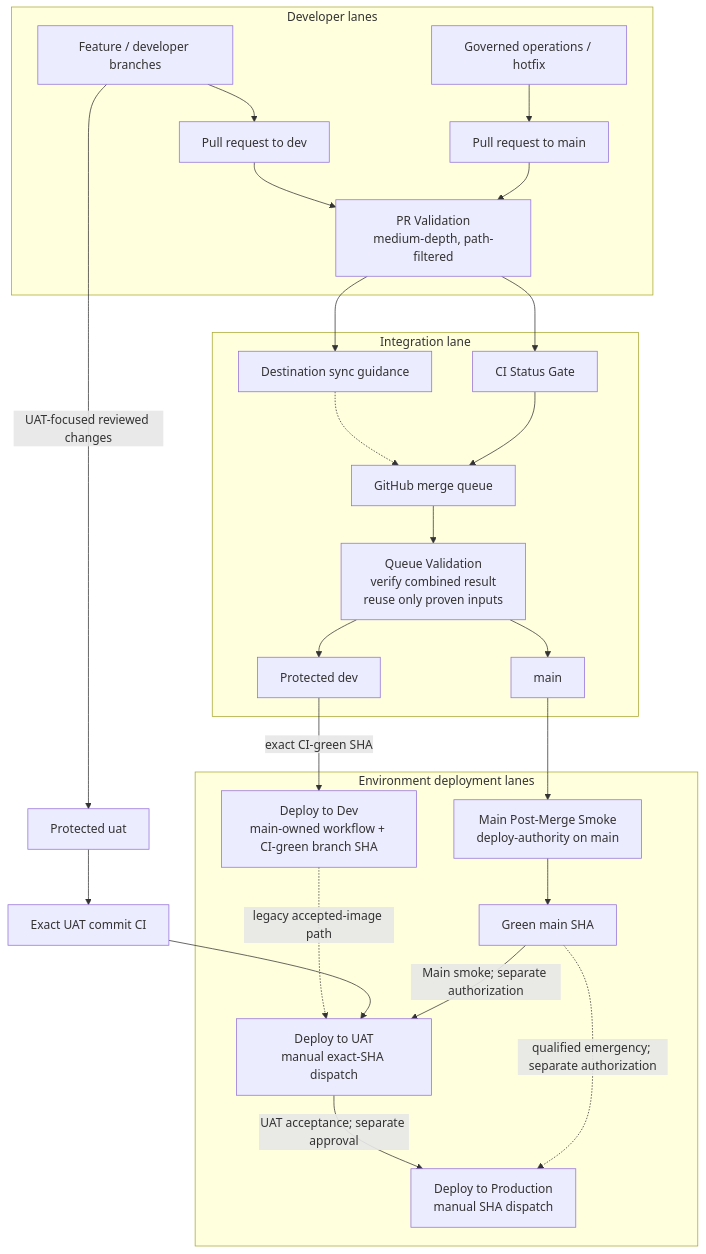
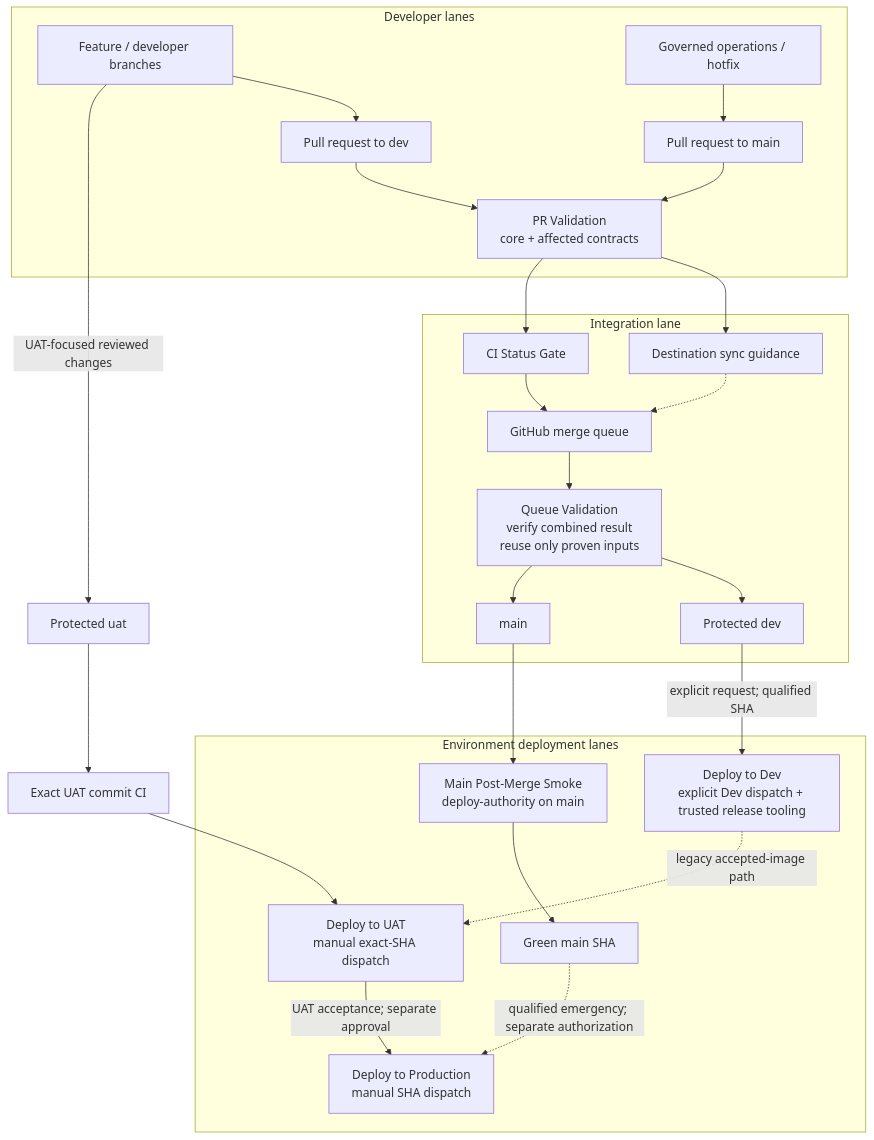
The diagram in docs/reference/operations/ci.md (hushh-labs/hushh-research), drawn with Mermaid before and after one commit. The commit also changed other lines of this file and 4 other files, not shown here.

````diff
--- a/docs/reference/operations/ci.md
+++ b/docs/reference/operations/ci.md
@@ -13,43 +13,42 @@
 ```mermaid
 flowchart TB
   subgraph dev["Developer lanes"]
     feat["Feature / developer branches"]
     ops["Governed operations / hotfix"]
     prdev["Pull request to dev"]
     prmain["Pull request to main"]
-    prci["PR Validation<br/>medium-depth, path-filtered"]
+    prci["PR Validation<br/>core + affected contracts"]
   end
 
   subgraph integration["Integration lane"]
     freshness["Destination sync guidance"]
     status["CI Status Gate"]
     queueci["Queue Validation<br/>verify combined result<br/>reuse only proven inputs"]
     queue["GitHub merge queue"]
     devbranch["Protected dev"]
     main["main"]
   end
 
   subgraph release["Environment deployment lanes"]
-    devdeploy["Deploy to Dev<br/>main-owned workflow + CI-green branch SHA"]
+    devdeploy["Deploy to Dev<br/>explicit Dev dispatch + trusted release tooling"]
     green["Green main SHA"]
     smoke["Main Post-Merge Smoke<br/>deploy-authority on main"]
     uat["Deploy to UAT<br/>manual exact-SHA dispatch"]
     prod["Deploy to Production<br/>manual SHA dispatch"]
   end
 
   feat --> prdev --> prci
   ops --> prmain --> prci
   prci --> freshness
   prci --> status
   freshness -.-> queue
   status --> queue
   queue --> queueci
-  queueci --> devbranch -->|"exact CI-green SHA"| devdeploy
+  queueci --> devbranch -->|"explicit request; qualified SHA"| devdeploy
   queueci --> main --> smoke --> green
   devdeploy -.->|"legacy accepted-image path"| uat
   feat -->|"UAT-focused reviewed changes"| uatbranch["Protected uat"]
   uatbranch --> exactuat["Exact UAT commit CI"] --> uat
-  green -->|"Main smoke; separate authorization"| uat
   uat -->|"UAT acceptance; separate approval"| prod
   green -.->|"qualified emergency; separate authorization"| prod
 ```
````
